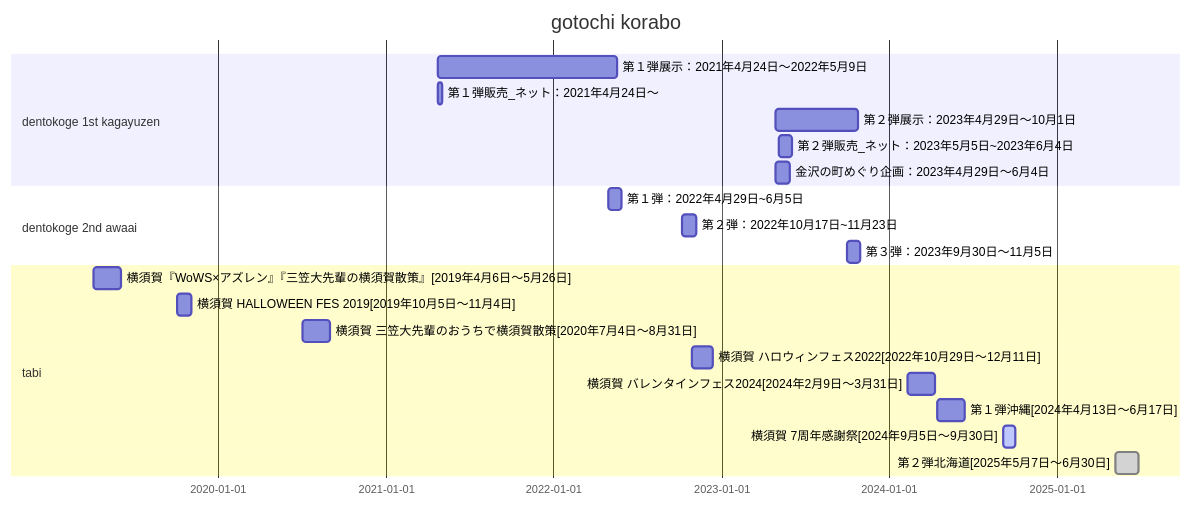
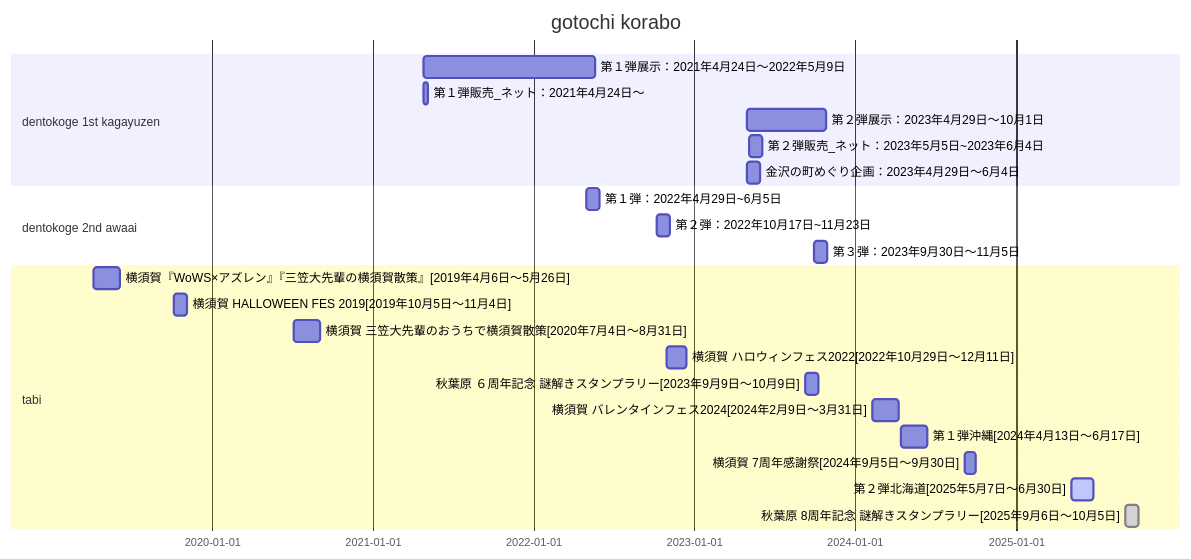
Before and after one commit to JihongNMI/SQL-and-Java: the diagram in 정리_세계시간.md, drawn with Mermaid. The commit also changed other lines of this file, not shown here.

````diff
--- a/정리_세계시간.md
+++ b/정리_세계시간.md
@@ -1,33 +1,36 @@
 ```mermaid
 gantt
     title gotochi korabo
     dateFormat  YYYY-MM-DD
 
     section dentokoge 1st kagayuzen
     第１弾展示：2021年4月24日～2022年5月9日    :    2021-04-24, 390d
     第１弾販売_ネット：2021年4月24日～    :    2021-04-24, 10d
     
     第２弾展示：2023年4月29日～10月1日    :    2023-04-29, 180d
     第２弾販売_ネット：2023年5月5日~2023年6月4日    :    2023-05-05, 30d
     金沢の町めぐり企画：2023年4月29日～6月4日    :    2023-04-29, 30d
 
     section dentokoge 2nd awaai
     第１弾：2022年4月29日~6月5日    :    2022-04-29, 30d
     第２弾：2022年10月17日~11月23日    :    2022-10-07, 30d
     第３弾：2023年9月30日～11月5日    :    2023-09-30, 30d
 
     section tabi
     横須賀『WoWS×アズレン』『三笠大先輩の横須賀散策』[2019年4月6日～5月26日]    :    2019-04-06, 60d
     横須賀 HALLOWEEN FES 2019[2019年10月5日～11月4日]    :    2019-10-05, 30d
 
     横須賀 三笠大先輩のおうちで横須賀散策[2020年7月4日～8月31日]    :    2020-07-04, 60d
 
     横須賀 ハロウィンフェス2022[2022年10月29日～12月11日]    :    2022-10-29, 45d
 
+    秋葉原 ６周年記念 謎解きスタンプラリー[2023年9月9日～10月9日]    :    2023-09-09, 30d
+
     横須賀 バレンタインフェス2024[2024年2月9日～3月31日]    :    2024-02-09, 60d
     第１弾沖縄[2024年4月13日～6月17日]    :    2024-04-13, 60d
-    横須賀 7周年感謝祭[2024年9月5日～9月30日]    :    active, 2024-09-05, 25d
+    横須賀 7周年感謝祭[2024年9月5日～9月30日]    :    2024-09-05, 25d
 
-    第２弾北海道[2025年5月7日～6月30日]    :    done, 2025-05-07, 50d
+    第２弾北海道[2025年5月7日～6月30日]    :    active, 2025-05-07, 50d
+    秋葉原 8周年記念 謎解きスタンプラリー[2025年9月6日～10月5日]    :    done, 2025-09-06, 30d
 
 ```
````
